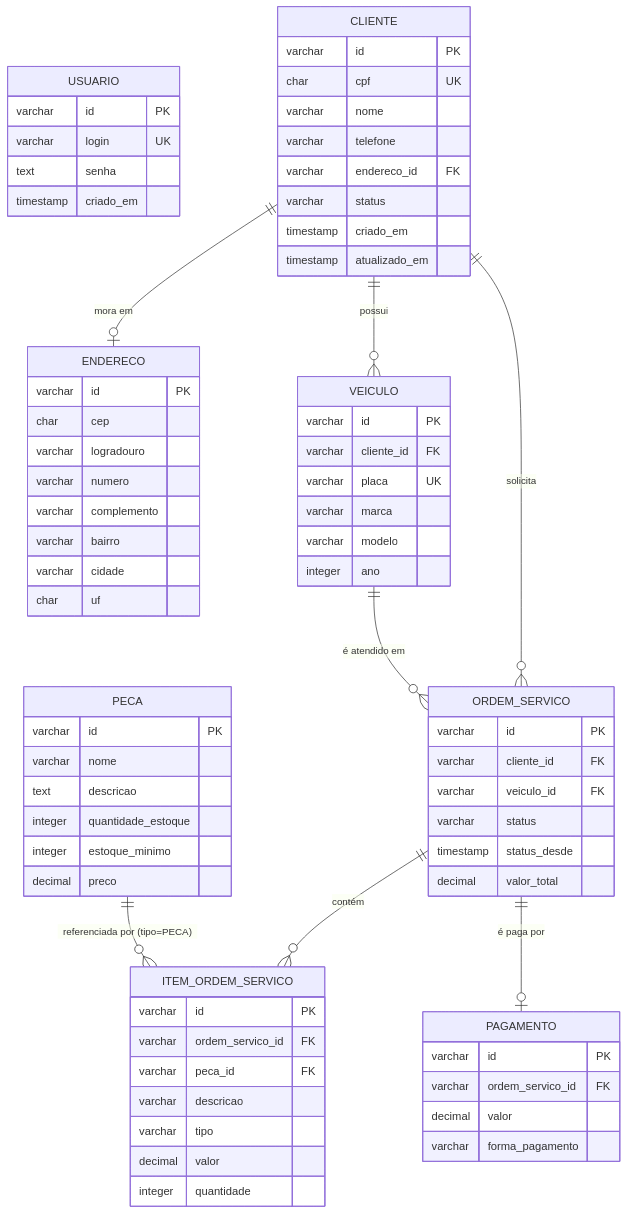
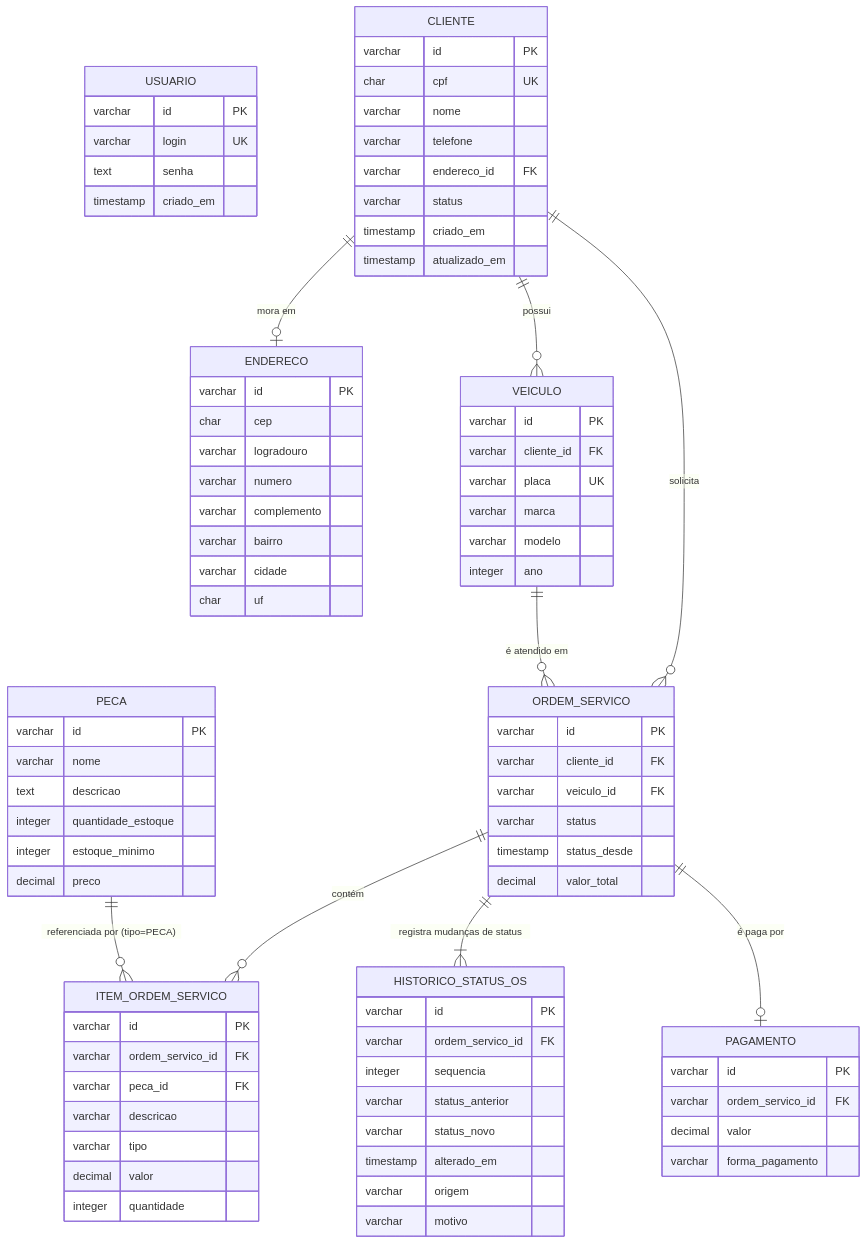
One commit to gabrielivo01/Oficina changed the diagram in documentacao/modelo_de_dados.md. Above: the diagram before and after it, drawn with Mermaid. The commit also changed other lines of this file and 22 other files, not shown here.

First line of the commit message:
feat(ordem-servico): status AGUARDANDO_PAGAMENTO e CANCELADA, historico de status e listagem paginada

````diff
--- a/documentacao/modelo_de_dados.md
+++ b/documentacao/modelo_de_dados.md
@@ -145,6 +164,16 @@
         timestamp status_desde
         decimal valor_total
     }
+    HISTORICO_STATUS_OS {
+        varchar id PK
+        varchar ordem_servico_id FK
+        integer sequencia
+        varchar status_anterior
+        varchar status_novo
+        timestamp alterado_em
+        varchar origem
+        varchar motivo
+    }
     ITEM_ORDEM_SERVICO {
         varchar id PK
         varchar ordem_servico_id FK
@@ -166,6 +195,7 @@
     CLIENTE ||--o{ ORDEM_SERVICO : "solicita"
     VEICULO ||--o{ ORDEM_SERVICO : "é atendido em"
     ORDEM_SERVICO ||--o{ ITEM_ORDEM_SERVICO : "contém"
+    ORDEM_SERVICO ||--|{ HISTORICO_STATUS_OS : "registra mudanças de status"
     PECA ||--o{ ITEM_ORDEM_SERVICO : "referenciada por (tipo=PECA)"
     ORDEM_SERVICO ||--o| PAGAMENTO : "é paga por"
 ```
````
